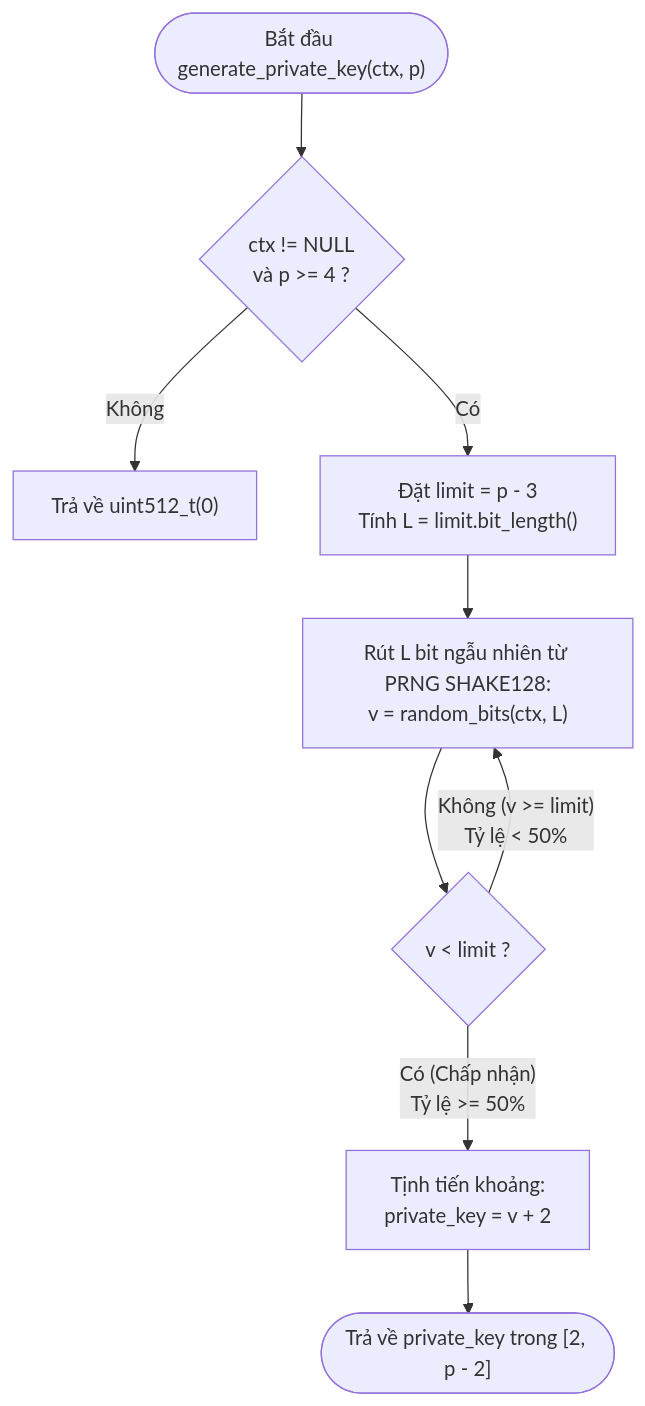
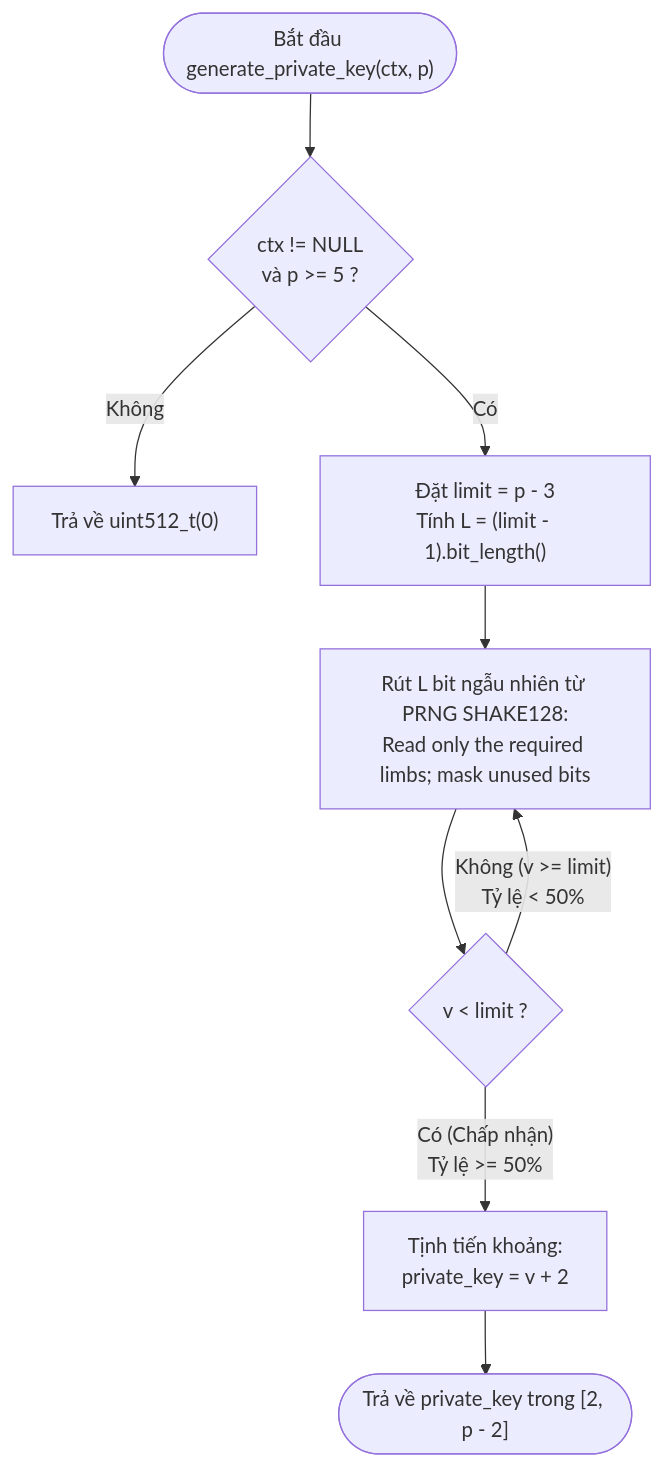
One commit to nvphuoc1172/crypto_lab1 changed the second of 2 diagrams in docs/reports/private_key_generation.md. Above: the diagram before and after it, drawn with Mermaid. The commit also changed other lines of this file and 13 other files, not shown here.

````diff
--- a/docs/reports/private_key_generation.md
+++ b/docs/reports/private_key_generation.md
@@ -91,11 +93,11 @@
 ```mermaid
 flowchart TD
-    Start(["Bắt đầu generate_private_key(ctx, p)"]) --> CheckParam{"ctx != NULL<br/>và p >= 4 ?"}
+    Start(["Bắt đầu generate_private_key(ctx, p)"]) --> CheckParam{"ctx != NULL<br/>và p >= 5 ?"}
     CheckParam -- "Không" --> RetZero["Trả về uint512_t(0)"]
-    CheckParam -- "Có" --> CalcLimit["Đặt limit = p - 3<br/>Tính L = limit.bit_length()"]
-    CalcLimit --> DrawBits["Rút L bit ngẫu nhiên từ PRNG SHAKE128:<br/>v = random_bits(ctx, L)"]
+    CheckParam -- "Có" --> CalcLimit["Đặt limit = p - 3<br/>Tính L = (limit - 1).bit_length()"]
+    CalcLimit --> DrawBits["Rút L bit ngẫu nhiên từ PRNG SHAKE128:<br/>Read only the required limbs; mask unused bits"]
     DrawBits --> CheckReject{"v < limit ?"}
     CheckReject -- "Không (v >= limit)<br/>Tỷ lệ < 50%" --> DrawBits
     CheckReject -- "Có (Chấp nhận)<br/>Tỷ lệ >= 50%" --> ShiftRange["Tịnh tiến khoảng:<br/>private_key = v + 2"]
     ShiftRange --> Done(["Trả về private_key trong [2, p - 2]"])
 ```
````
